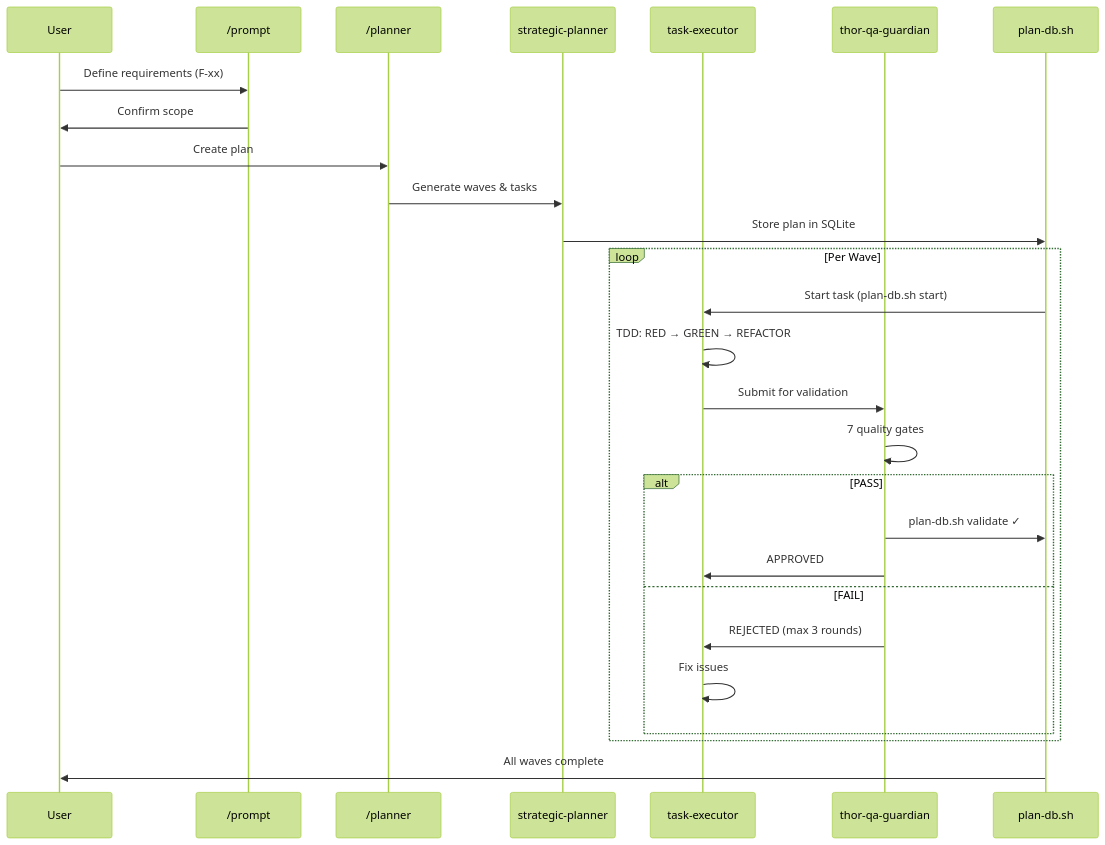
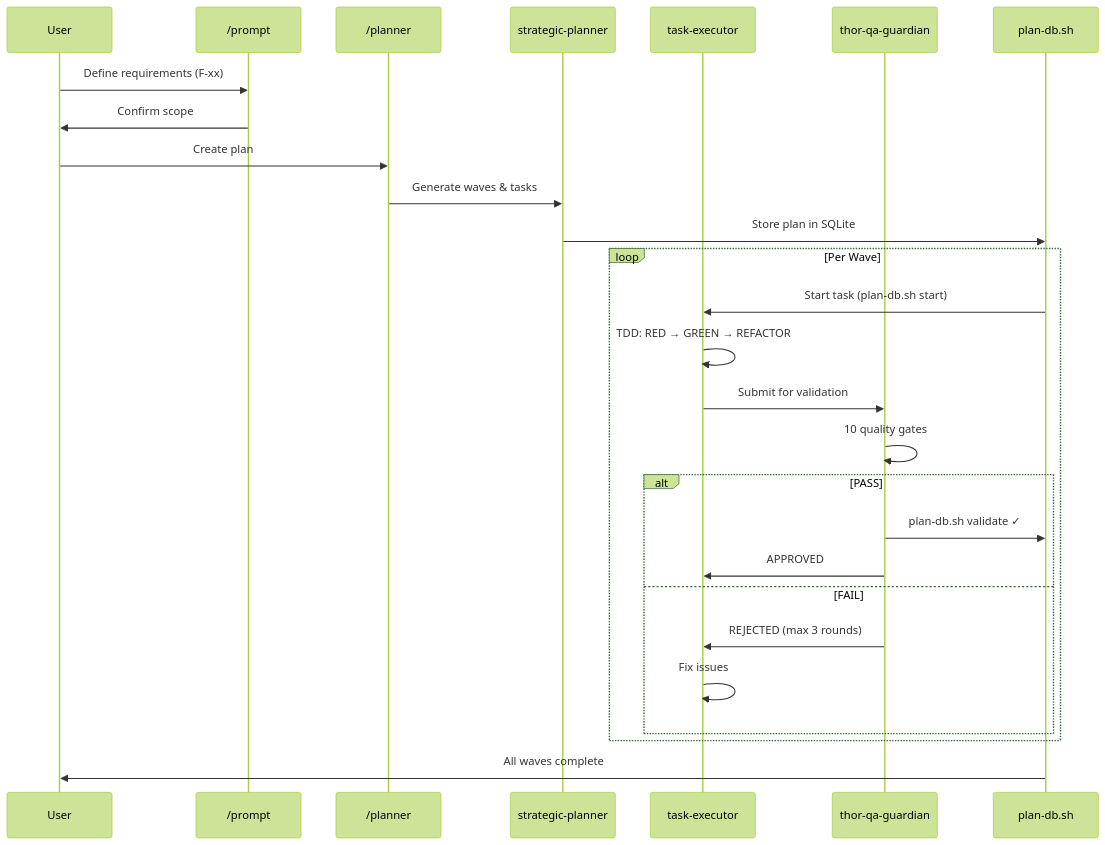
The third of 6 diagrams in docs/agents/architecture.md (Roberdan/MyConvergio), drawn with Mermaid (forest theme) before and after one commit. The commit also changed other lines of this file and 364 other files, not shown here.

````diff
--- a/docs/agents/architecture.md
+++ b/docs/agents/architecture.md
@@ -131,32 +140,32 @@
 ```mermaid
 sequenceDiagram
     participant U as User
     participant P as /prompt
     participant PL as /planner
     participant SP as strategic-planner
     participant TE as task-executor
     participant TH as thor-qa-guardian
     participant DB as plan-db.sh
 
     U->>P: Define requirements (F-xx)
     P->>U: Confirm scope
     U->>PL: Create plan
     PL->>SP: Generate waves & tasks
     SP->>DB: Store plan in SQLite
 
     loop Per Wave
         DB->>TE: Start task (plan-db.sh start)
         TE->>TE: TDD: RED → GREEN → REFACTOR
         TE->>TH: Submit for validation
-        TH->>TH: 7 quality gates
+        TH->>TH: 10 quality gates
         alt PASS
             TH->>DB: plan-db.sh validate ✓
             TH->>TE: APPROVED
         else FAIL
             TH->>TE: REJECTED (max 3 rounds)
             TE->>TE: Fix issues
         end
     end
 
     DB->>U: All waves complete
 ```
````
